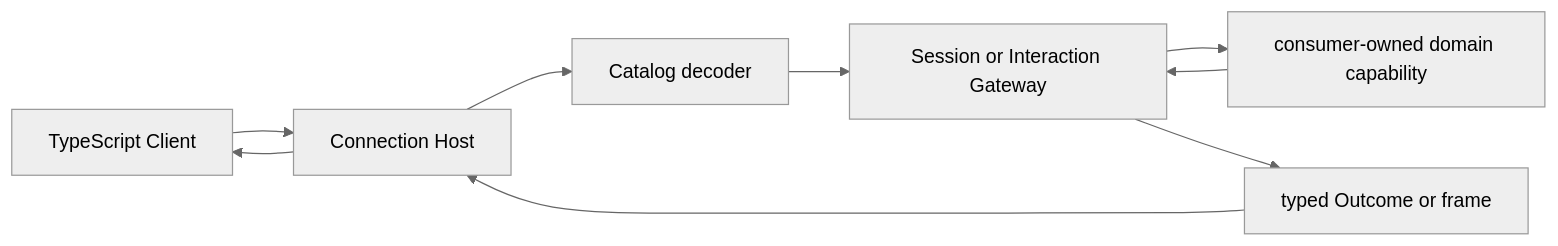
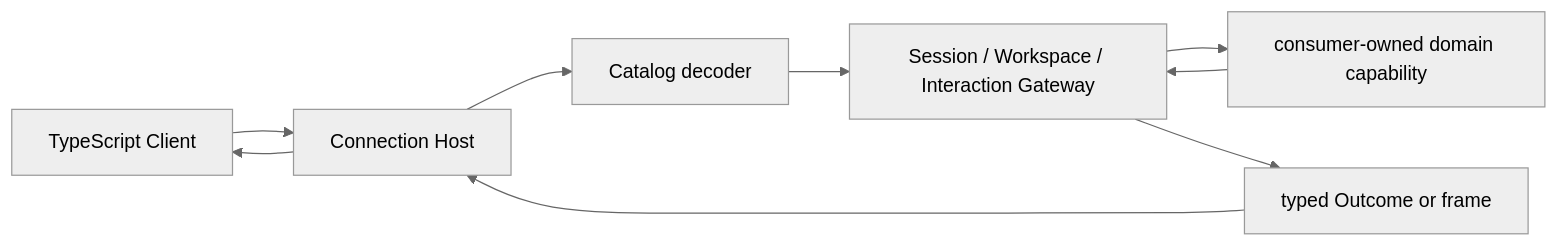
One commit to gorenx/goren changed the diagram in apiproxy/README.zh-CN.md. Above: the diagram before and after it, drawn with Mermaid (neutral theme). The commit also changed other lines of this file and 17 other files, not shown here.

````diff
--- a/apiproxy/README.zh-CN.md
+++ b/apiproxy/README.zh-CN.md
@@ -17,11 +17,11 @@
 ```mermaid
 flowchart LR
     A[TypeScript Client] --> B[Connection Host]
     B --> C[Catalog decoder]
-    C --> D[Session or Interaction Gateway]
+    C --> D[Session / Workspace / Interaction Gateway]
     D --> E[consumer-owned domain capability]
     E --> D
     D --> F[typed Outcome or frame]
     F --> B
     B --> A
 ```
````
